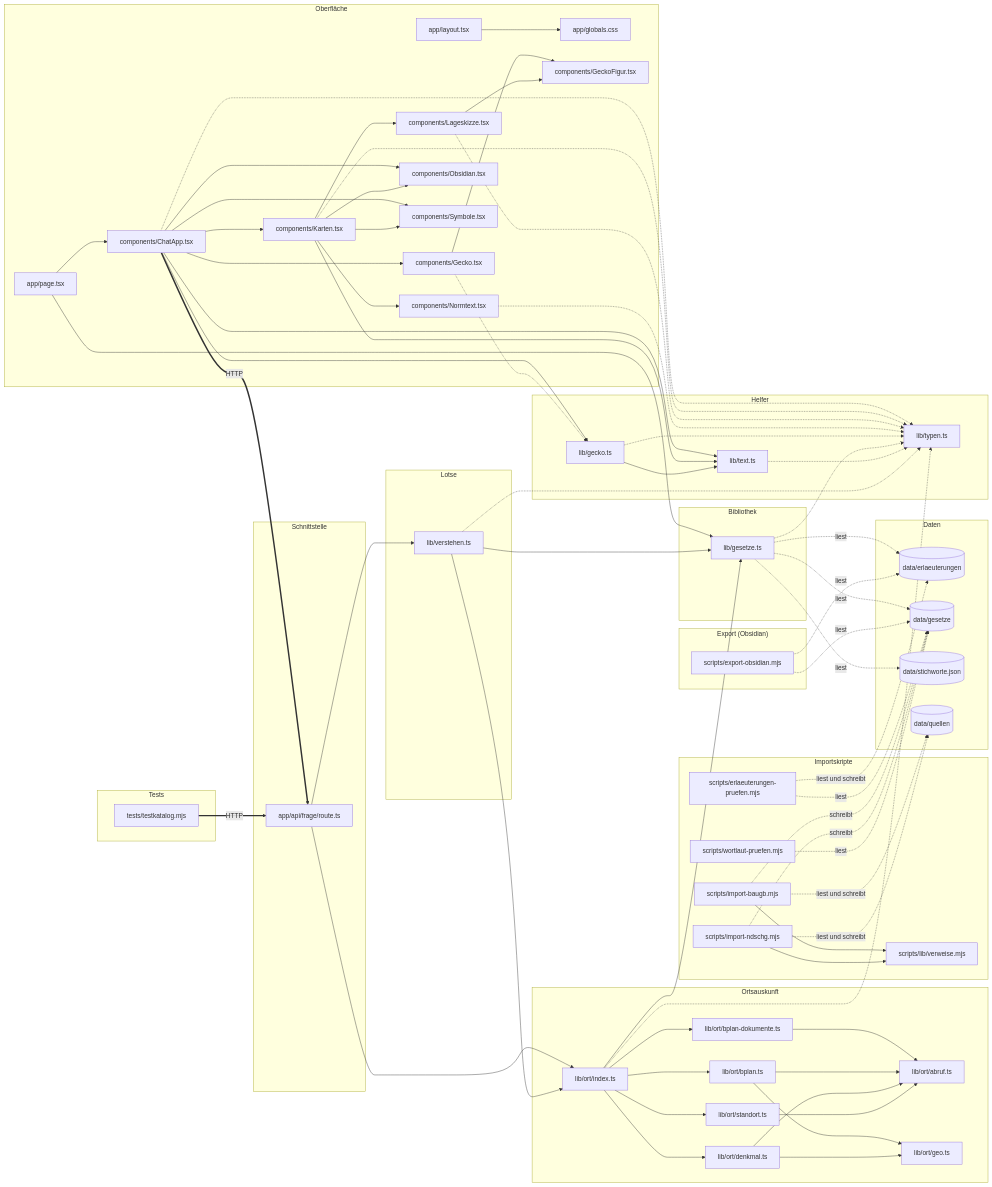
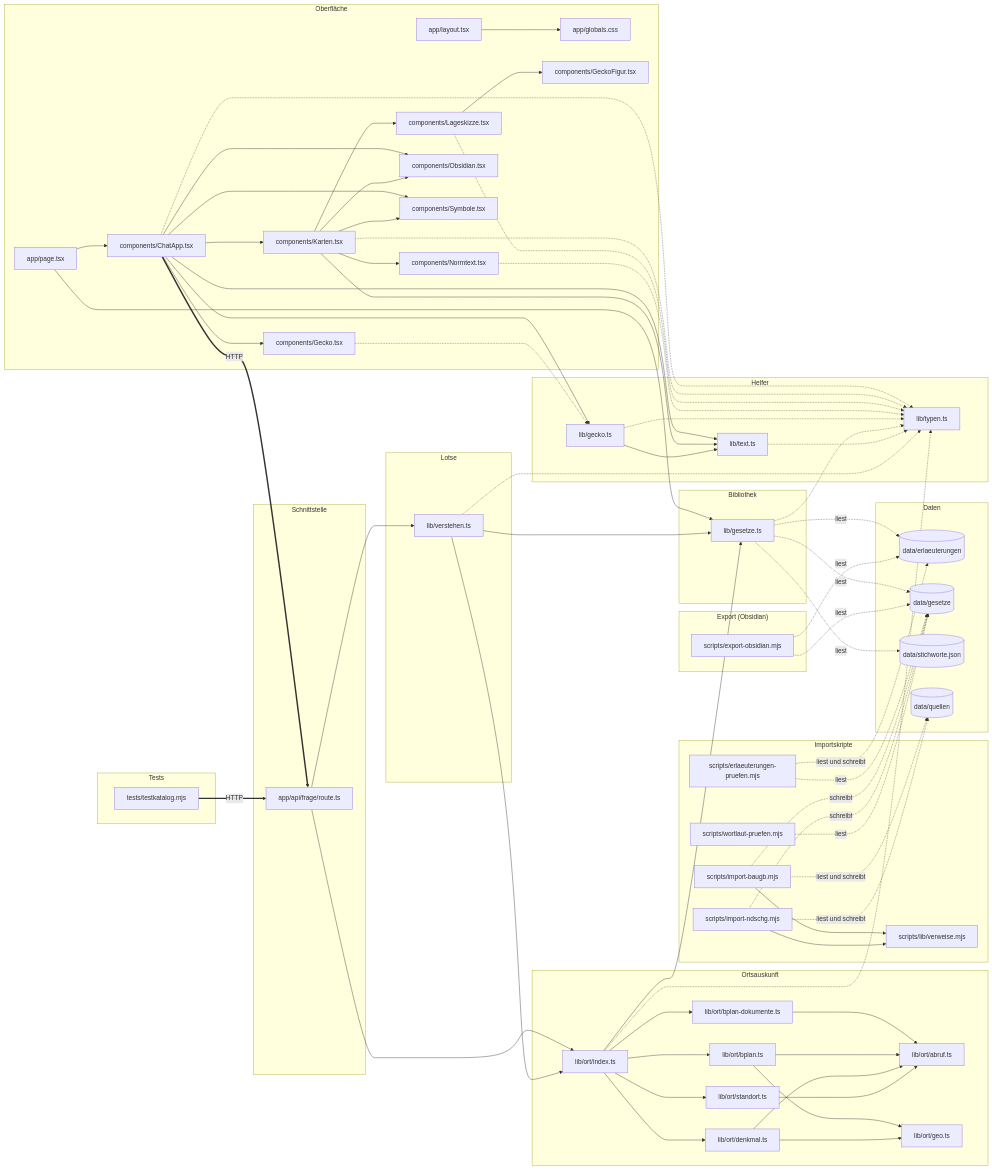
One commit to Jade-HS-Vibecoding-WPK/Bau-Normen changed the second of 2 diagrams in obsidian/Projekt/Architektur.md. Above: the diagram before and after it, drawn with Mermaid. The commit also changed other lines of this file and 8 other files, not shown here.

```diff
--- a/obsidian/Projekt/Architektur.md
+++ b/obsidian/Projekt/Architektur.md
@@ -157,7 +157,6 @@
   F4 --> F11
   F4 ==>|HTTP| F0
   F5 -.-> F12
-  F5 --> F6
   F7 --> F21
   F7 -.-> F22
   F7 --> F9
```
